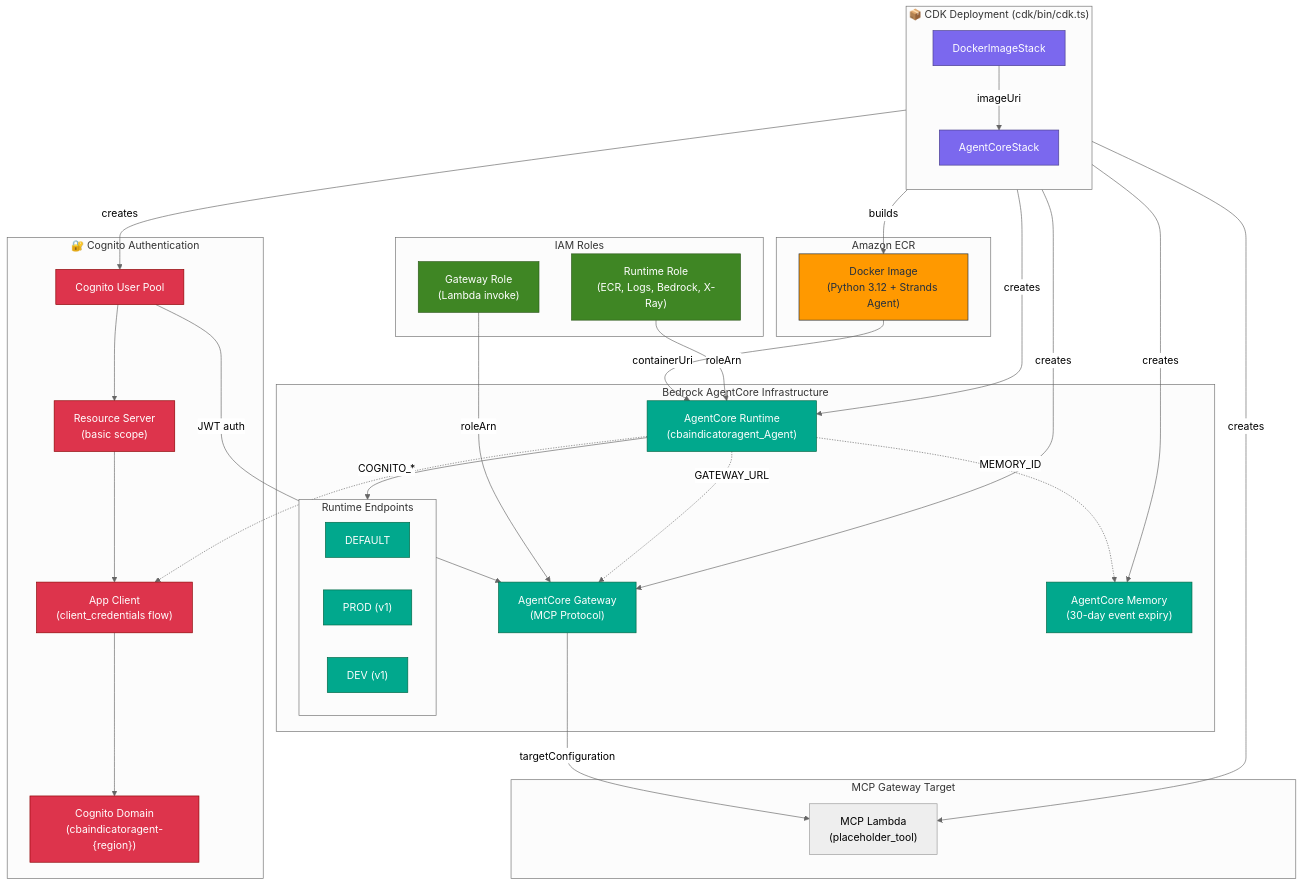
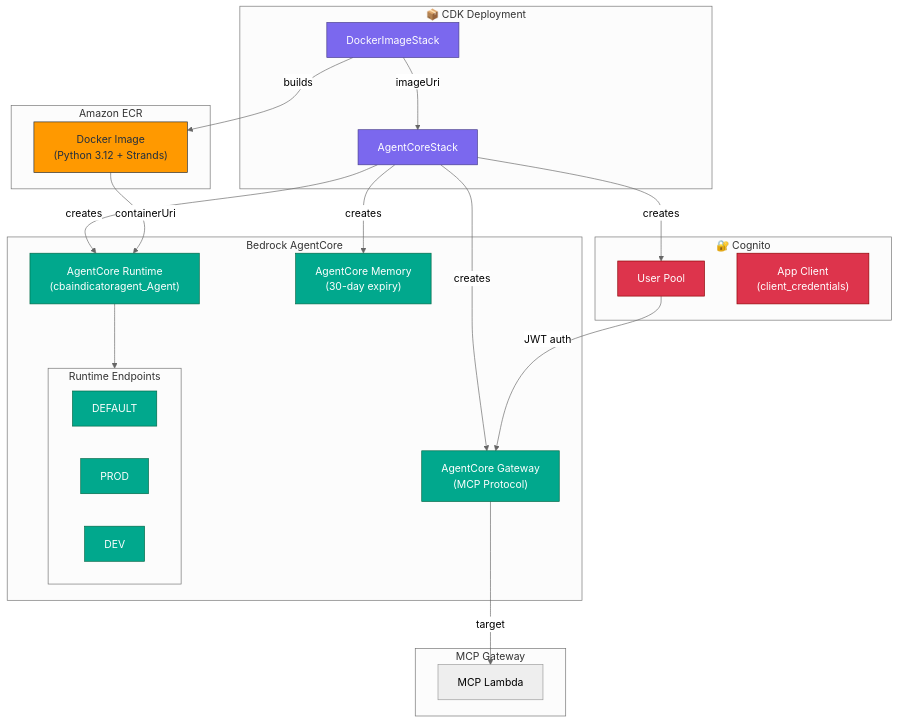
Before and after one commit to CircularBioeconomyAlliance/coffee-recipe: the second of 4 diagrams in ARCHITECTURE.md, drawn with Mermaid (neutral theme). The commit also changed other lines of this file and 1 other file, not shown here.

````diff
--- a/ARCHITECTURE.md
+++ b/ARCHITECTURE.md
@@ -125,81 +89,56 @@
 ```mermaid
 flowchart TB
-    subgraph CDK["📦 CDK Deployment (cdk/bin/cdk.ts)"]
-        direction TB
+    subgraph CDK["📦 CDK Deployment"]
         DockerStack["DockerImageStack"]
         AgentCoreStack["AgentCoreStack"]
         DockerStack -->|"imageUri"| AgentCoreStack
     end
 
     subgraph ECR["Amazon ECR"]
-        DockerImage["Docker Image<br/>(Python 3.12 + Strands Agent)"]
+        DockerImage["Docker Image<br/>(Python 3.12 + Strands)"]
     end
 
-    subgraph AgentCoreInfra["Bedrock AgentCore Infrastructure"]
+    subgraph AgentCoreInfra["Bedrock AgentCore"]
         Runtime["AgentCore Runtime<br/>(cbaindicatoragent_Agent)"]
         Gateway["AgentCore Gateway<br/>(MCP Protocol)"]
-        ACMemory["AgentCore Memory<br/>(30-day event expiry)"]
+        ACMemory["AgentCore Memory<br/>(30-day expiry)"]
         
         subgraph Endpoints["Runtime Endpoints"]
             DEFAULT["DEFAULT"]
-            PROD["PROD (v1)"]
-            DEV["DEV (v1)"]
+            PROD["PROD"]
+            DEV["DEV"]
         end
     end
 
-    subgraph Auth["🔐 Cognito Authentication"]
-        UserPool["Cognito User Pool"]
-        ResourceServer["Resource Server<br/>(basic scope)"]
-        AppClient["App Client<br/>(client_credentials flow)"]
-        Domain["Cognito Domain<br/>(cbaindicatoragent-{region})"]
+    subgraph Auth["🔐 Cognito"]
+        UserPool["User Pool"]
+        AppClient["App Client<br/>(client_credentials)"]
     end
 
-    subgraph MCPLayer["MCP Gateway Target"]
-        MCPLambda["MCP Lambda<br/>(placeholder_tool)"]
-    end
-
-    subgraph IAM["IAM Roles"]
-        RuntimeRole["Runtime Role<br/>(ECR, Logs, Bedrock, X-Ray)"]
-        GatewayRole["Gateway Role<br/>(Lambda invoke)"]
+    subgraph MCPLayer["MCP Gateway"]
+        MCPLambda["MCP Lambda"]
     end
 
     %% CDK creates resources
     DockerStack -->|"builds"| DockerImage
     AgentCoreStack -->|"creates"| Runtime
     AgentCoreStack -->|"creates"| Gateway
     AgentCoreStack -->|"creates"| ACMemory
     AgentCoreStack -->|"creates"| UserPool
-    AgentCoreStack -->|"creates"| MCPLambda
 
-    %% Runtime configuration
+    %% Runtime config
     DockerImage -->|"containerUri"| Runtime
-    RuntimeRole -->|"roleArn"| Runtime
     Runtime --> Endpoints
-
-    %% Gateway configuration
-    Gateway -->|"targetConfiguration"| MCPLambda
-    GatewayRole -->|"roleArn"| Gateway
+    Gateway -->|"target"| MCPLambda
     UserPool -->|"JWT auth"| Gateway
-
-    %% Auth flow
-    UserPool --> ResourceServer
-    ResourceServer --> AppClient
-    AppClient --> Domain
-
-    %% Environment variables passed to Runtime
-    Runtime -.->|"GATEWAY_URL"| Gateway
-    Runtime -.->|"MEMORY_ID"| ACMemory
-    Runtime -.->|"COGNITO_*"| AppClient
 
     classDef cdk fill:#7B68EE,stroke:#483D8B,color:#fff
     classDef ecr fill:#FF9900,stroke:#232F3E,color:#232F3E
     classDef agentcore fill:#01A88D,stroke:#006644,color:#fff
     classDef auth fill:#DD344C,stroke:#8B0000,color:#fff
-    classDef iam fill:#3F8624,stroke:#2E5A1C,color:#fff
 
     class DockerStack,AgentCoreStack cdk
     class DockerImage ecr
     class Runtime,Gateway,ACMemory,DEFAULT,PROD,DEV agentcore
-    class UserPool,ResourceServer,AppClient,Domain auth
-    class RuntimeRole,GatewayRole iam
+    class UserPool,AppClient auth
 ```
````
